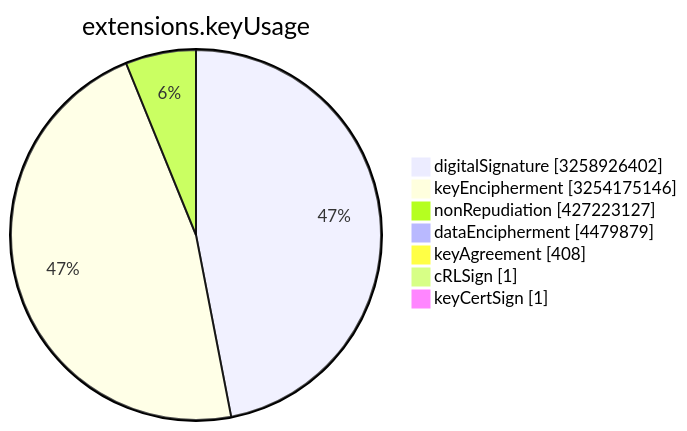
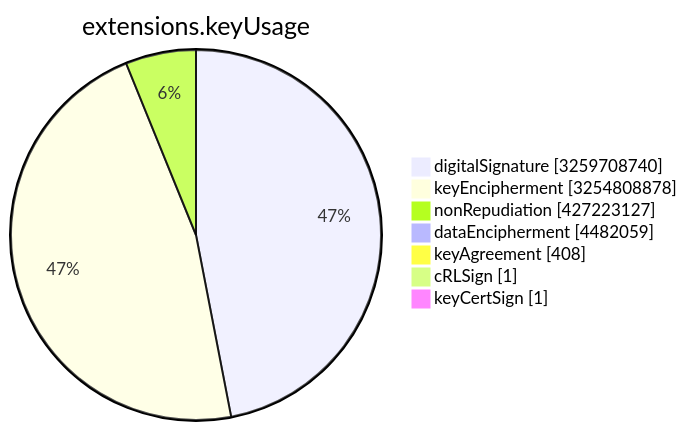
Before and after one commit to christiankrug/ctmonitor_visualization: the sixth of 15 diagrams in TOTAL/README.md, drawn with Mermaid. The commit also changed other lines of this file, not shown here.

````diff
--- a/TOTAL/README.md
+++ b/TOTAL/README.md
@@ -3078,11 +3078,11 @@
 ```mermaid
 pie showData
 title extensions.keyUsage
-"digitalSignature" :3258926402
-"keyEncipherment" :3254175146
+"digitalSignature" :3259708740
+"keyEncipherment" :3254808878
 "nonRepudiation" :427223127
-"dataEncipherment" :4479879
+"dataEncipherment" :4482059
 "keyAgreement" :408
 "cRLSign" :1
 "keyCertSign" :1
 ```
````
